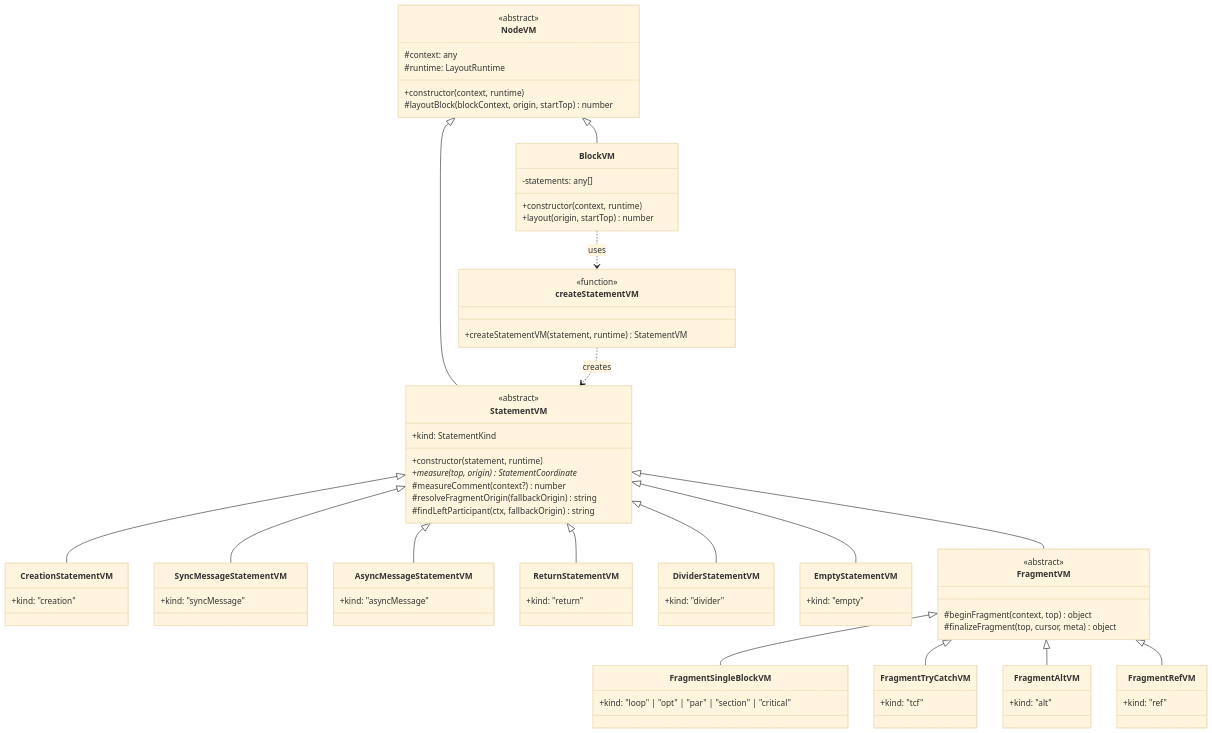
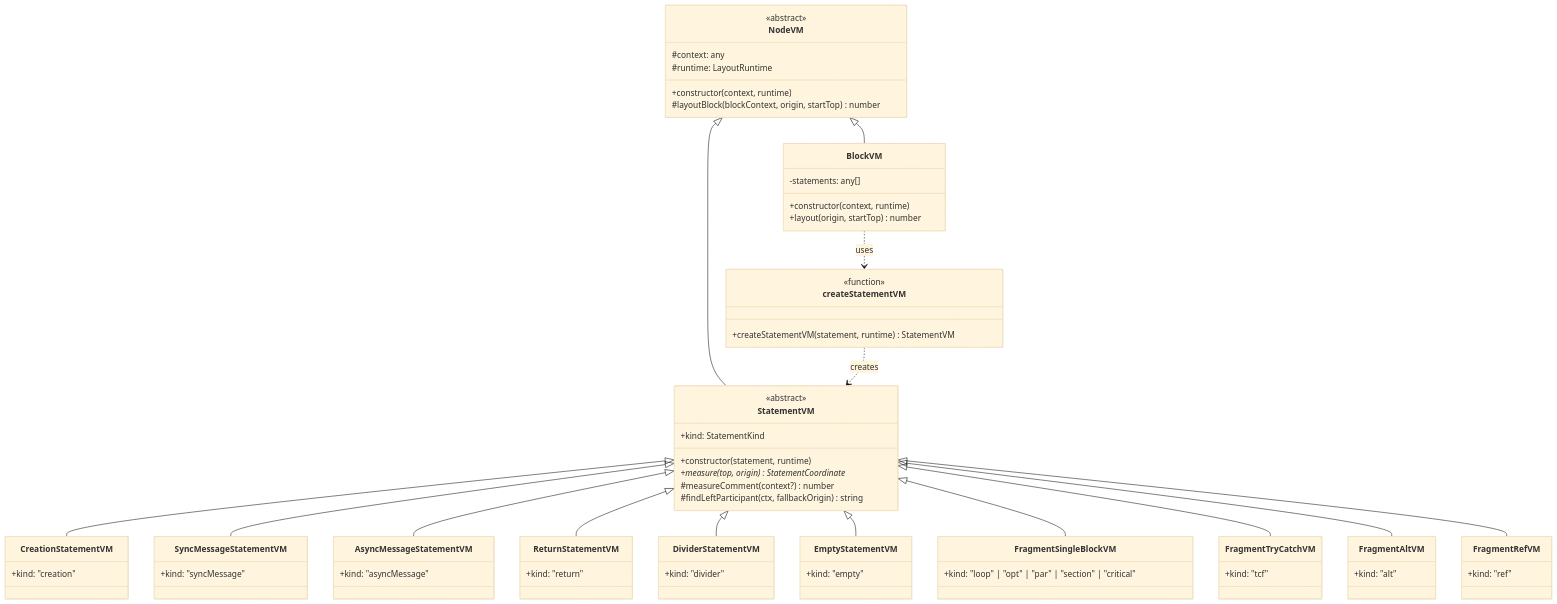
Before and after one commit to mermaid-js/zenuml-core: the diagram in src/positioning/vertical/vm/README.md, drawn with Mermaid (base theme). The commit also changed 24 other files, not shown here.

```diff
--- a/src/positioning/vertical/vm/README.md
+++ b/src/positioning/vertical/vm/README.md
@@ -24,7 +24,6 @@
       +constructor(statement, runtime)
       +measure(top, origin)* StatementCoordinate
       #measureComment(context?) number
-      #resolveFragmentOrigin(fallbackOrigin) string
       #findLeftParticipant(ctx, fallbackOrigin) string
     }
 
@@ -57,14 +56,6 @@
     StatementVM <|-- DividerStatementVM
     StatementVM <|-- EmptyStatementVM
 
-    class FragmentVM {
-      <<abstract>>
-      #beginFragment(context, top) object
-      #finalizeFragment(top, cursor, meta) object
-    }
-
-    StatementVM <|-- FragmentVM
-
     class FragmentSingleBlockVM {
       +kind: "loop" | "opt" | "par" | "section" | "critical"
     }
@@ -78,10 +69,10 @@
       +kind: "ref"
     }
 
-    FragmentVM <|-- FragmentSingleBlockVM
-    FragmentVM <|-- FragmentTryCatchVM
-    FragmentVM <|-- FragmentAltVM
-    FragmentVM <|-- FragmentRefVM
+    StatementVM <|-- FragmentSingleBlockVM
+    StatementVM <|-- FragmentTryCatchVM
+    StatementVM <|-- FragmentAltVM
+    StatementVM <|-- FragmentRefVM
 
     class createStatementVM {
       <<function>>
```
